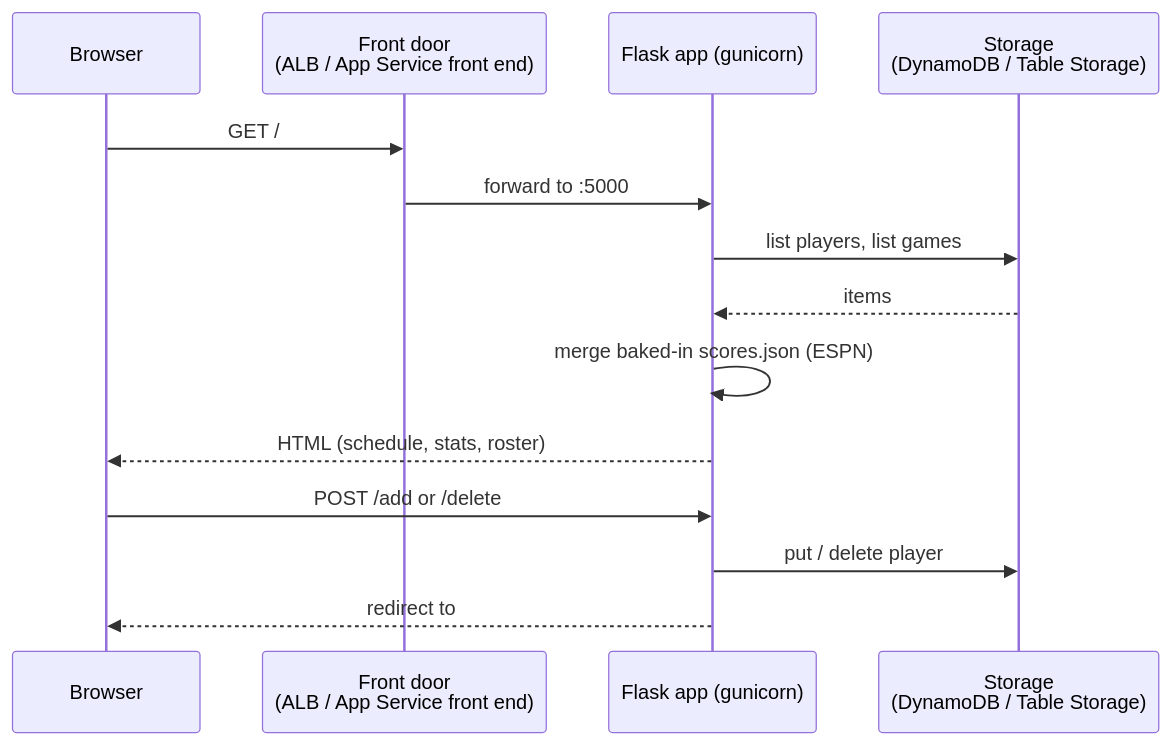
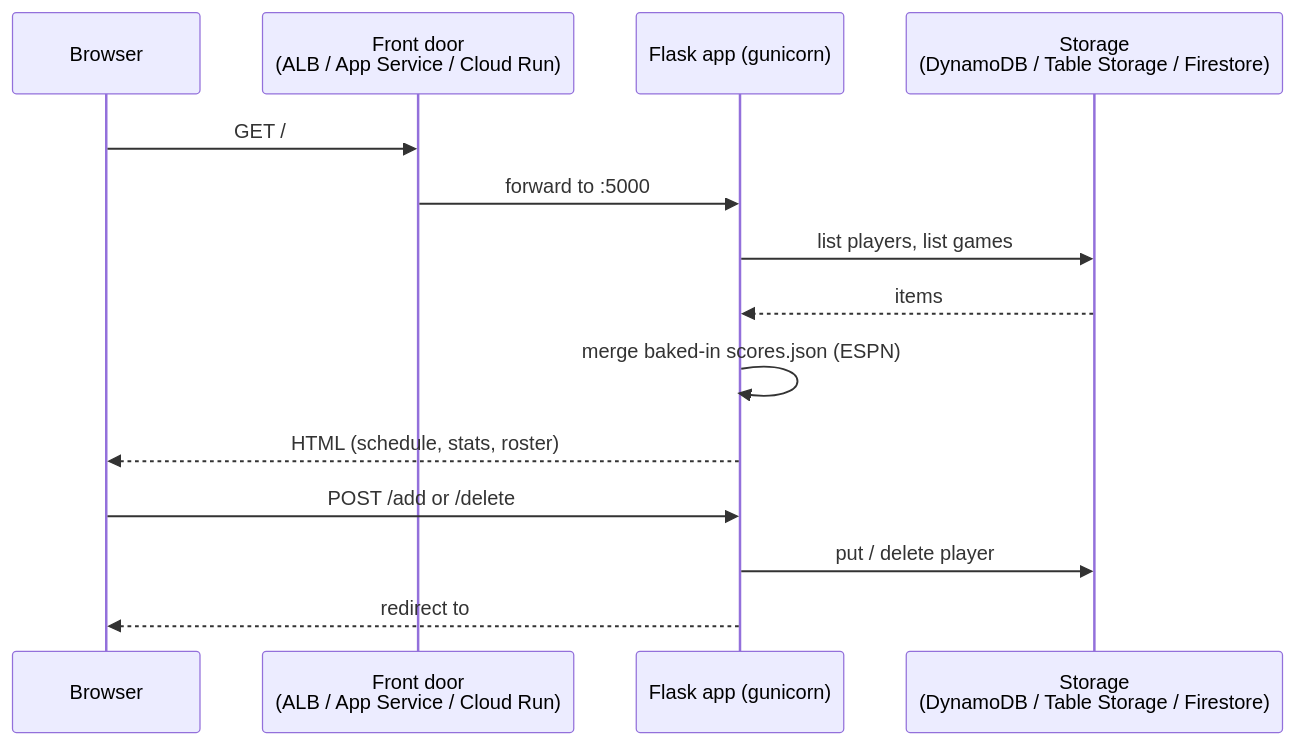
One commit to kclinden/nebraska-app changed the second of 5 diagrams in README.md. Above: the diagram before and after it, drawn with Mermaid. The commit also changed other lines of this file and 12 other files, not shown here.

First line of the commit message:
Add GCP deployment (Cloud Run + Firestore)

````diff
--- a/README.md
+++ b/README.md
@@ -69,16 +77,16 @@
 ```mermaid
 sequenceDiagram
     participant B as Browser
-    participant F as Front door<br/>(ALB / App Service front end)
+    participant F as Front door<br/>(ALB / App Service / Cloud Run)
     participant A as Flask app (gunicorn)
-    participant S as Storage<br/>(DynamoDB / Table Storage)
+    participant S as Storage<br/>(DynamoDB / Table Storage / Firestore)
     B->>F: GET /
     F->>A: forward to :5000
     A->>S: list players, list games
     S-->>A: items
     A->>A: merge baked-in scores.json (ESPN)
     A-->>B: HTML (schedule, stats, roster)
     B->>A: POST /add or /delete
     A->>S: put / delete player
     A-->>B: redirect to #roster
 ```
````
